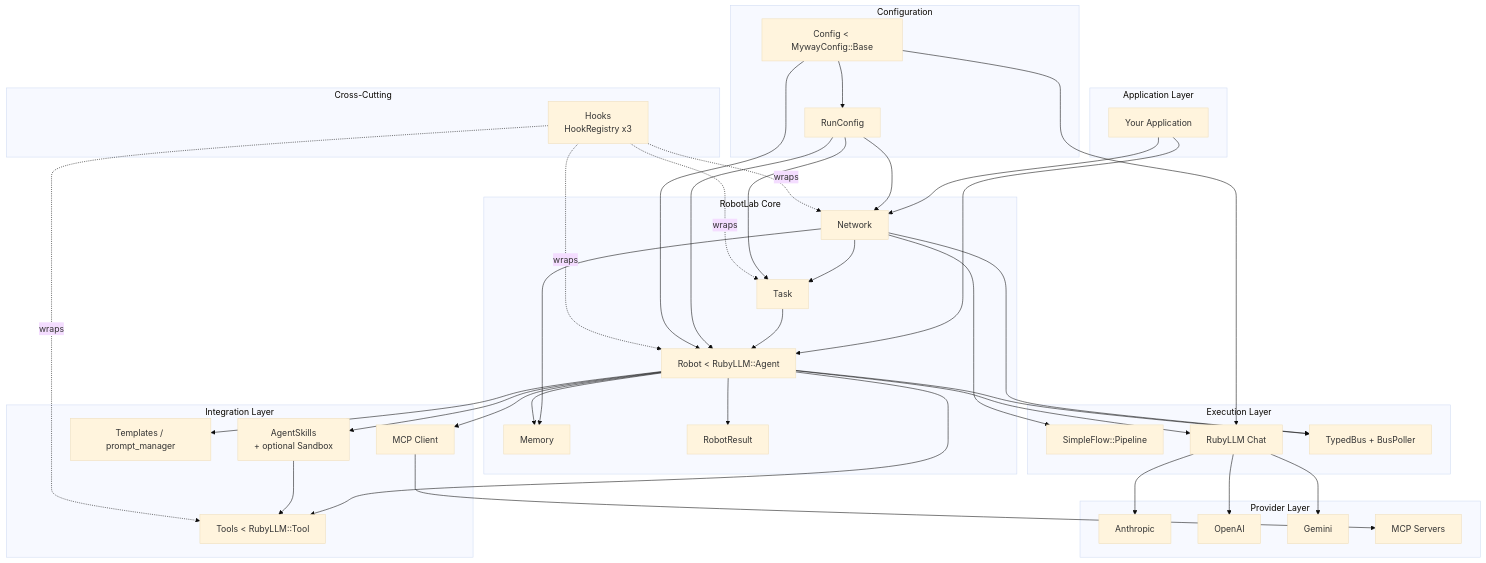
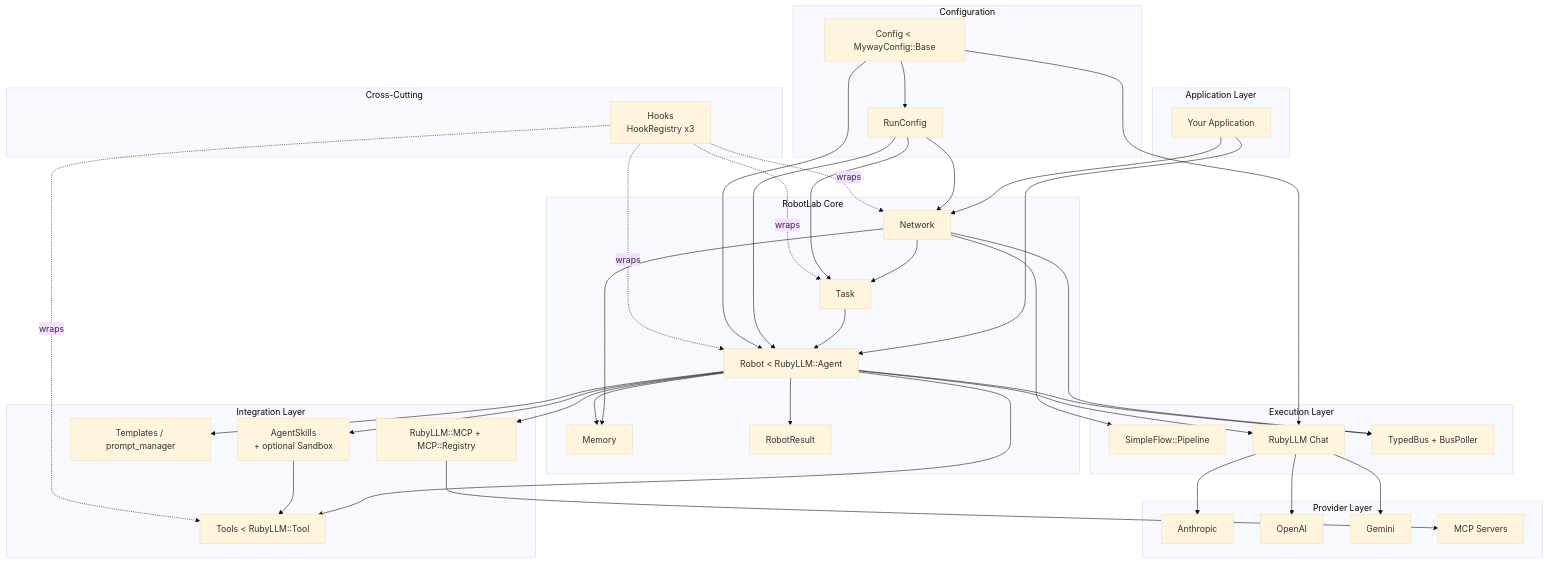
One commit to MadBomber/robot_lab changed the first of 2 diagrams in docs/architecture/index.md. Above: the diagram before and after it, drawn with Mermaid (base theme). The commit also changed other lines of this file and 69 other files, not shown here.

````diff
--- a/docs/architecture/index.md
+++ b/docs/architecture/index.md
@@ -38,74 +38,74 @@
 ```mermaid
 graph TB
     subgraph "Application Layer"
         A[Your Application]
     end
 
     subgraph "RobotLab Core"
         B[Network]
         C[Task]
         D[Robot &lt; RubyLLM::Agent]
         E[Memory]
         F[RobotResult]
     end
 
     subgraph "Configuration"
         G[Config &lt; MywayConfig::Base]
         R[RunConfig]
     end
 
     subgraph "Cross-Cutting"
         HK[Hooks<br/>HookRegistry x3]
     end
 
     subgraph "Integration Layer"
-        H[MCP Client]
+        H[RubyLLM::MCP + MCP::Registry]
         I[Tools &lt; RubyLLM::Tool]
         J[Templates / prompt_manager]
         SK[AgentSkills<br/>+ optional Sandbox]
     end
 
     subgraph "Execution Layer"
         K[SimpleFlow::Pipeline]
         L[RubyLLM Chat]
         TB[TypedBus + BusPoller]
     end
 
     subgraph "Provider Layer"
         M[Anthropic]
         N[OpenAI]
         O[Gemini]
         P[MCP Servers]
     end
 
     A --> B
     A --> D
     B --> C
     C --> D
     B --> K
     B --> E
     B --> TB
     D --> E
     D --> L
     D --> TB
     D --> H
     D --> I
     D --> J
     D --> SK
     D --> F
     SK --> I
     G --> R
     R --> B
     R --> C
     R --> D
     G --> D
     G --> L
     HK -.wraps.-> B
     HK -.wraps.-> C
     HK -.wraps.-> D
     HK -.wraps.-> I
     L --> M
     L --> N
     L --> O
     H --> P
 ```
````
